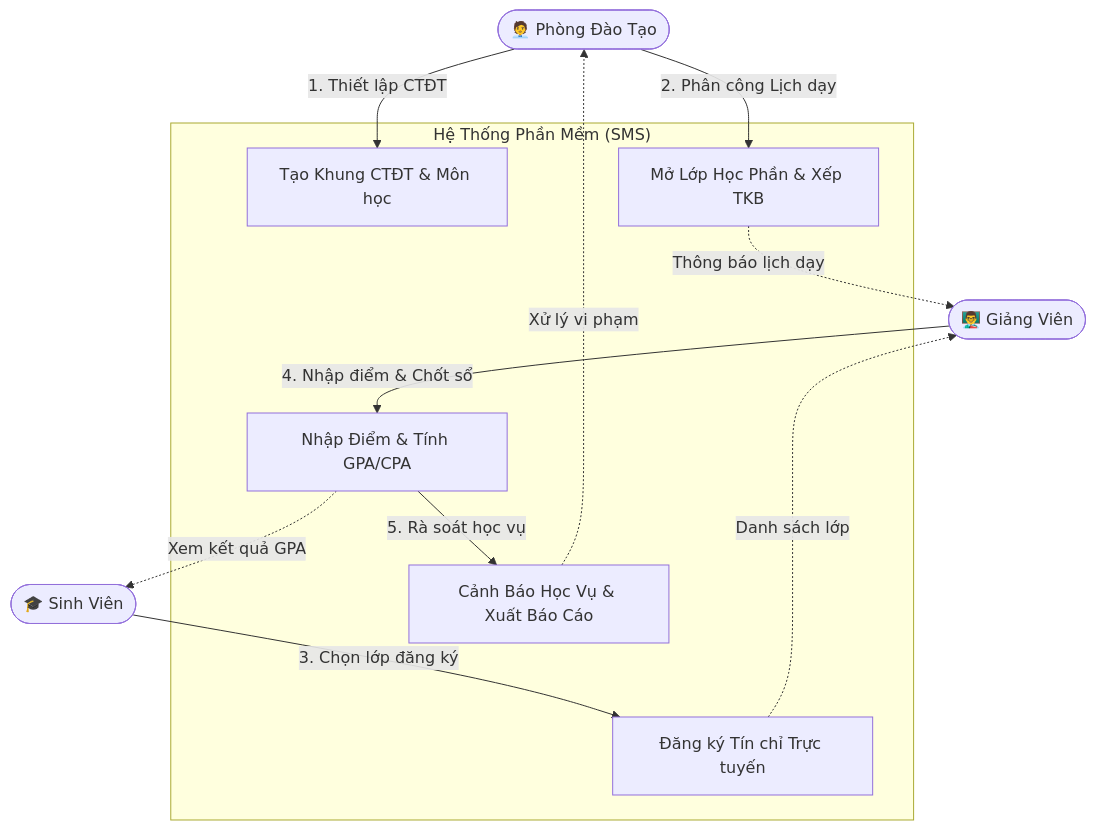
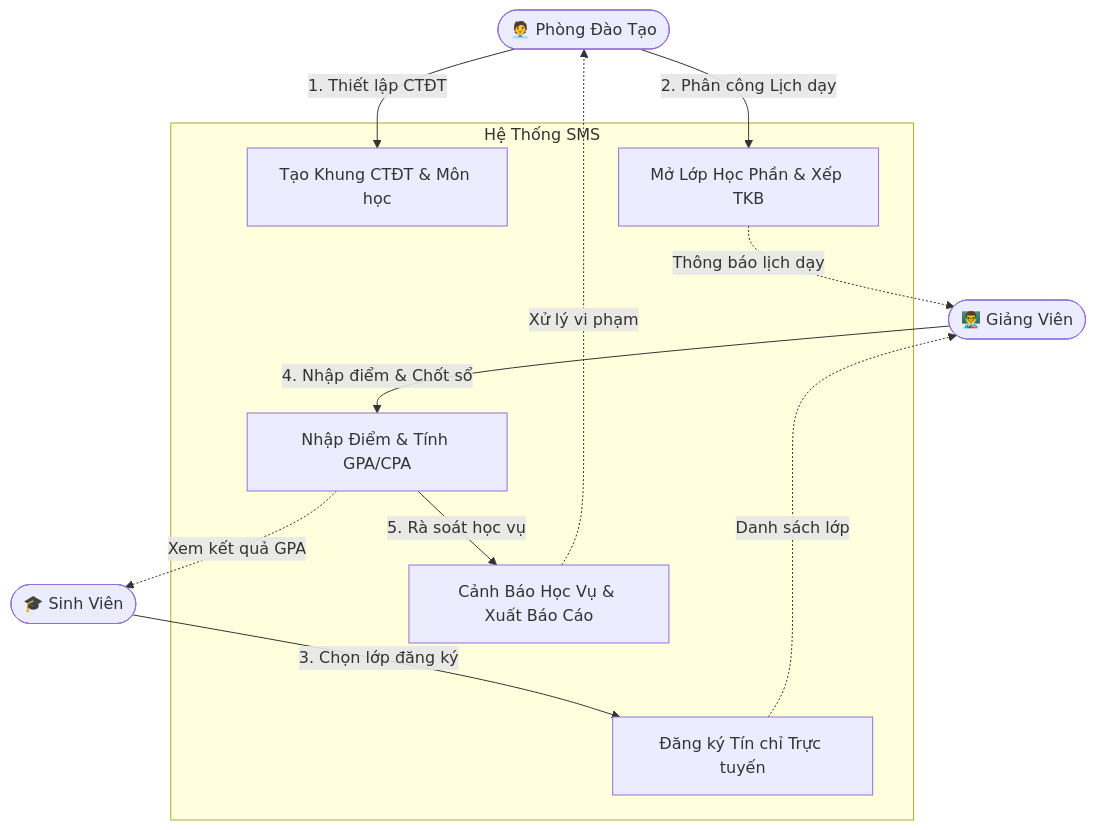
One commit to DevMarkie/DoAnChuyenNganh changed the diagram in README.md. Above: the diagram before and after it, drawn with Mermaid. The commit also changed other lines of this file and 8 other files, not shown here.

````diff
--- a/README.md
+++ b/README.md
@@ -63,24 +64,24 @@
 ```mermaid
 flowchart TD
     Admin(["🧑‍💼 Phòng Đào Tạo"])
     Teacher(["👨‍🏫 Giảng Viên"])
     Student(["🎓 Sinh Viên"])
 
-    subgraph "Hệ Thống Phần Mềm (SMS)"
+    subgraph "Hệ Thống SMS"
         A[Tạo Khung CTĐT & Môn học]
         B[Mở Lớp Học Phần & Xếp TKB]
         C[Đăng ký Tín chỉ Trực tuyến]
         D[Nhập Điểm & Tính GPA/CPA]
         E[Cảnh Báo Học Vụ & Xuất Báo Cáo]
     end
 
     Admin -->|"1. Thiết lập CTĐT"| A
     Admin -->|"2. Phân công Lịch dạy"| B
     B -.->|"Thông báo lịch dạy"| Teacher
     Student -->|"3. Chọn lớp đăng ký"| C
     C -.->|"Danh sách lớp"| Teacher
     Teacher -->|"4. Nhập điểm & Chốt sổ"| D
     D -.->|"Xem kết quả GPA"| Student
     D -->|"5. Rà soát học vụ"| E
     E -.->|"Xử lý vi phạm"| Admin
 ```
````
